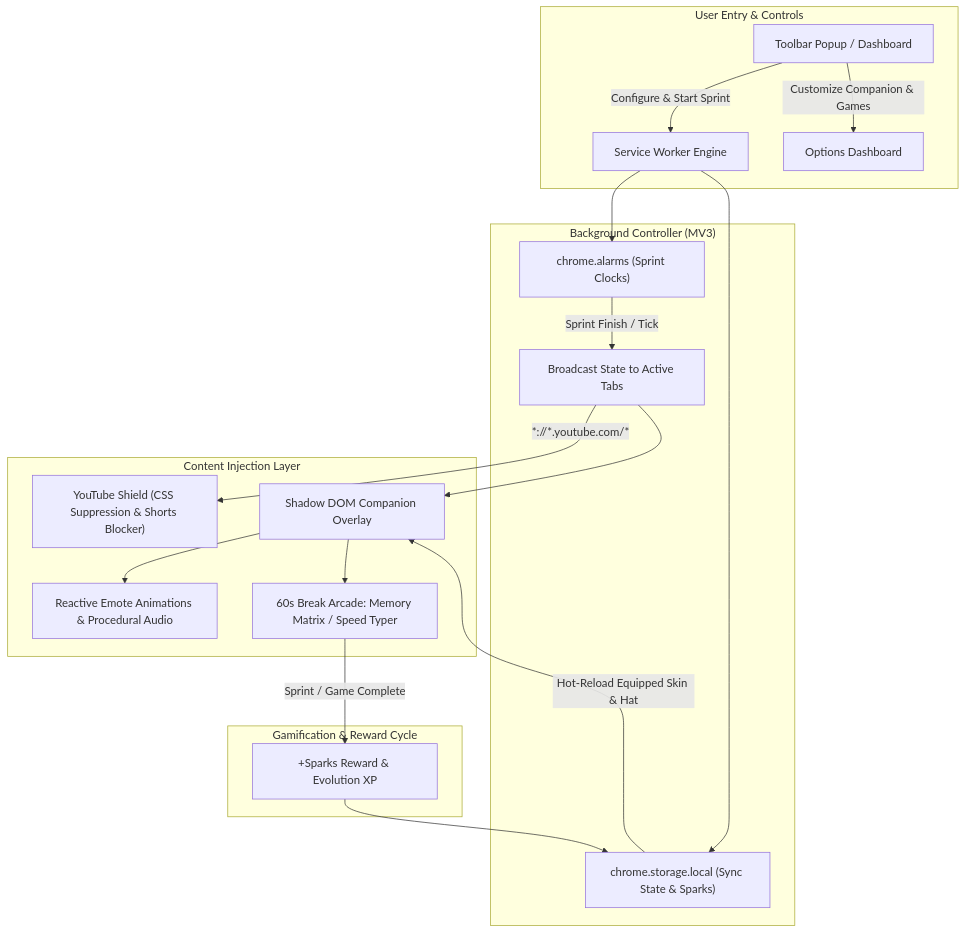
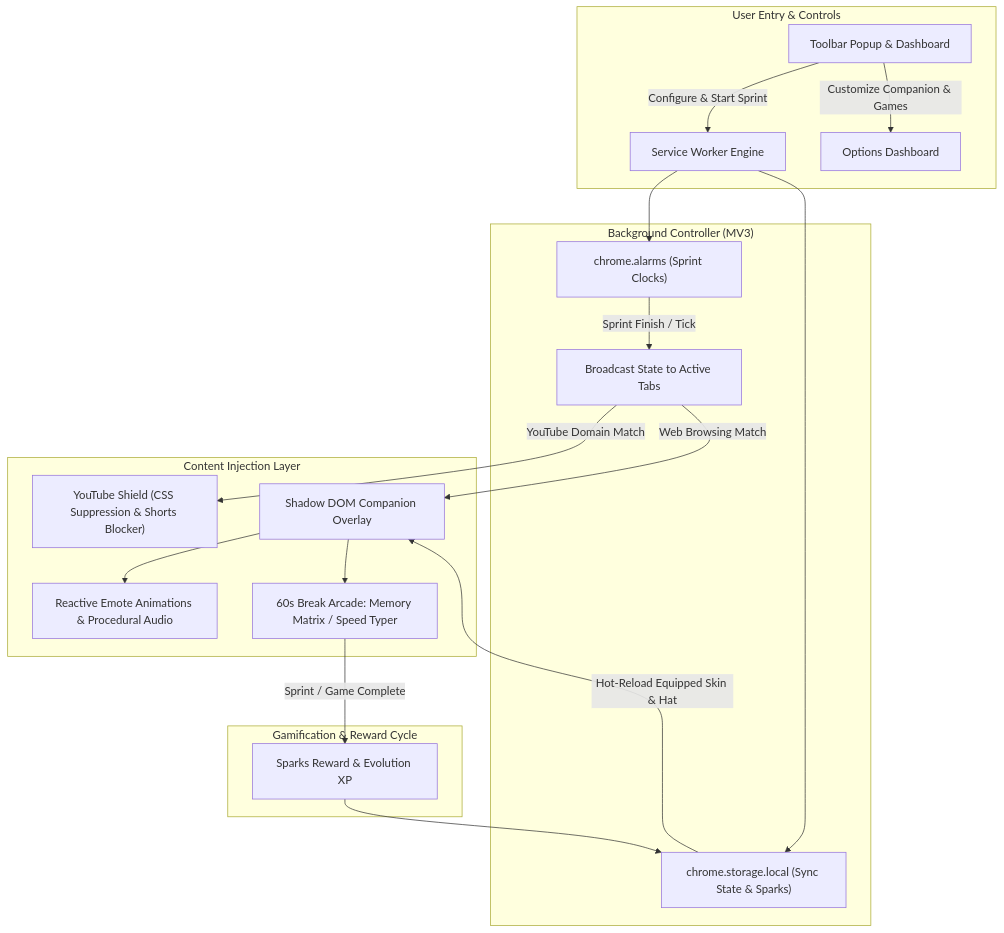
The diagram in README.md (harinarayana1457-cmyk/jigra), drawn with Mermaid before and after one commit. The commit also changed other lines of this file, not shown here.

Commit message:
fix(docs): resolve Mermaid rendering error by sanitizing edge labels and updating repo URLs

````diff
--- a/README.md
+++ b/README.md
@@ -58,26 +58,26 @@
 ```mermaid
 flowchart TD
     subgraph UI ["User Entry & Controls"]
-        A["Toolbar Popup / Dashboard"] -->|Configure & Start Sprint| B["Service Worker Engine"]
+        A["Toolbar Popup & Dashboard"] -->|Configure & Start Sprint| B["Service Worker Engine"]
         A -->|Customize Companion & Games| C["Options Dashboard"]
     end
 
     subgraph CoreEngine ["Background Controller (MV3)"]
         B --> D["chrome.alarms (Sprint Clocks)"]
         B --> E["chrome.storage.local (Sync State & Sparks)"]
         D -->|Sprint Finish / Tick| F["Broadcast State to Active Tabs"]
     end
 
     subgraph ContentLayer ["Content Injection Layer"]
-        F -->|*://*.youtube.com/*| G["YouTube Shield (CSS Suppression & Shorts Blocker)"]
-        F -->|<all_urls>| H["Shadow DOM Companion Overlay"]
+        F -->|YouTube Domain Match| G["YouTube Shield (CSS Suppression & Shorts Blocker)"]
+        F -->|Web Browsing Match| H["Shadow DOM Companion Overlay"]
         H --> I["Reactive Emote Animations & Procedural Audio"]
         H --> J["60s Break Arcade: Memory Matrix / Speed Typer"]
     end
 
     subgraph FeedbackLoop ["Gamification & Reward Cycle"]
-        J -->|Sprint / Game Complete| K["+Sparks Reward & Evolution XP"]
+        J -->|Sprint / Game Complete| K["Sparks Reward & Evolution XP"]
         K --> E
         E -->|Hot-Reload Equipped Skin & Hat| H
     end
 ```
````
